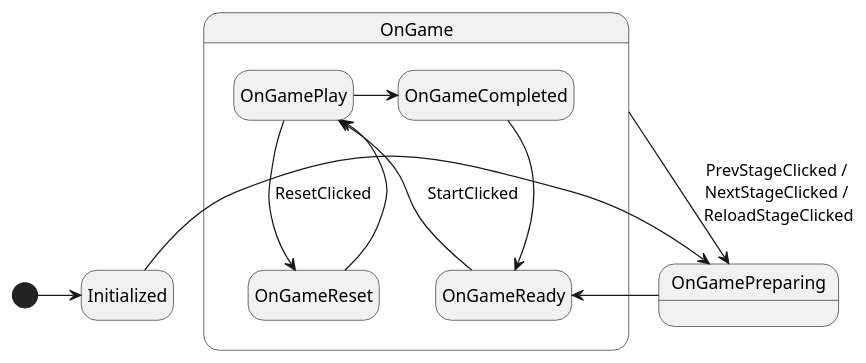
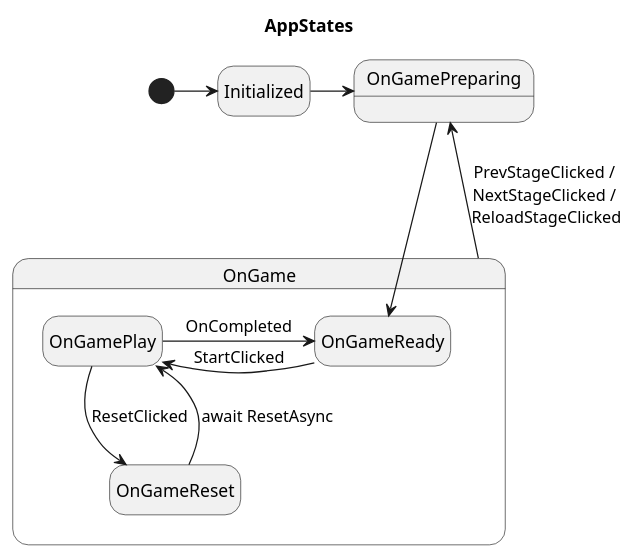
The second of 4 diagrams in uml/MauiSlidePuzzle.puml (tatsuya19871219/MauiSlidePuzzle), drawn with PlantUML before and after one commit. The commit also changed other lines of this file and 2 other files, not shown here.

Commit message:
Fix visual state transitions and update transition diagrams.

```diff
--- a/uml/MauiSlidePuzzle.puml
+++ b/uml/MauiSlidePuzzle.puml
@@ -134,16 +134,16 @@
 @startuml AppStates
+title AppStates
 hide empty description
 [*] -> Initialized
 Initialized -> OnGamePreparing
 state OnGame {
     state OnGamePreparing {
     }
     OnGamePreparing --> OnGameReady
-    OnGameReady --> OnGamePlay : StartClicked
+    OnGameReady -> OnGamePlay : StartClicked
     OnGamePlay --> OnGameReset : ResetClicked
-    OnGamePlay -> OnGameCompleted
-    OnGameReset --> OnGamePlay
-    OnGameCompleted --> OnGameReady
+    OnGameReset --> OnGamePlay : await ResetAsync
+    OnGamePlay -> OnGameReady : OnCompleted
 }
 OnGame --> OnGamePreparing : PrevStageClicked / \nNextStageClicked / \nReloadStageClicked
 @enduml
```
